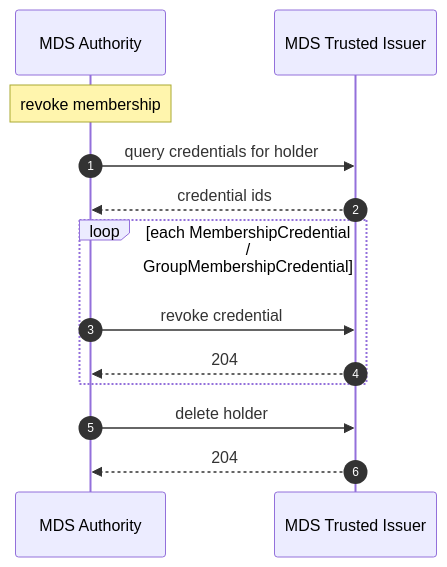
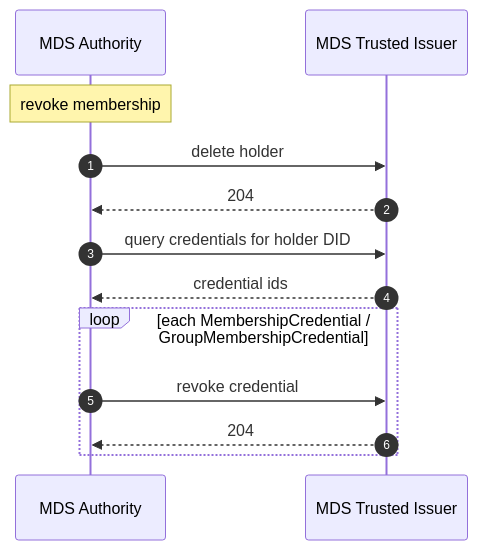
The first of 2 diagrams in 2026/1/credentials/mds-credentials-2026-1.md (Mobility-Data-Space/mds-profile), drawn with Mermaid before and after one commit. The commit also changed other lines of this file and 5 other files, not shown here.

````diff
--- a/2026/1/credentials/mds-credentials-2026-1.md
+++ b/2026/1/credentials/mds-credentials-2026-1.md
@@ -110,16 +110,16 @@
 ```mermaid
 sequenceDiagram
     autonumber
     participant Authority as MDS Authority
     participant Issuer as MDS Trusted Issuer
 
     Note over Authority: revoke membership
-    Authority->>Issuer: query credentials for holder
+    Authority->>Issuer: delete holder
+    Issuer-->>Authority: 204
+    Authority->>Issuer: query credentials for holder DID
     Issuer-->>Authority: credential ids
     loop each MembershipCredential / GroupMembershipCredential
         Authority->>Issuer: revoke credential
         Issuer-->>Authority: 204
     end
-    Authority->>Issuer: delete holder
-    Issuer-->>Authority: 204
 ```
````
